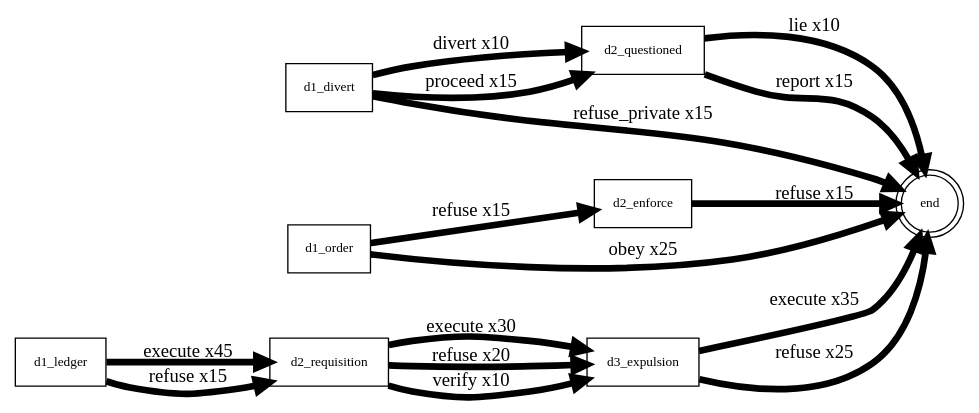
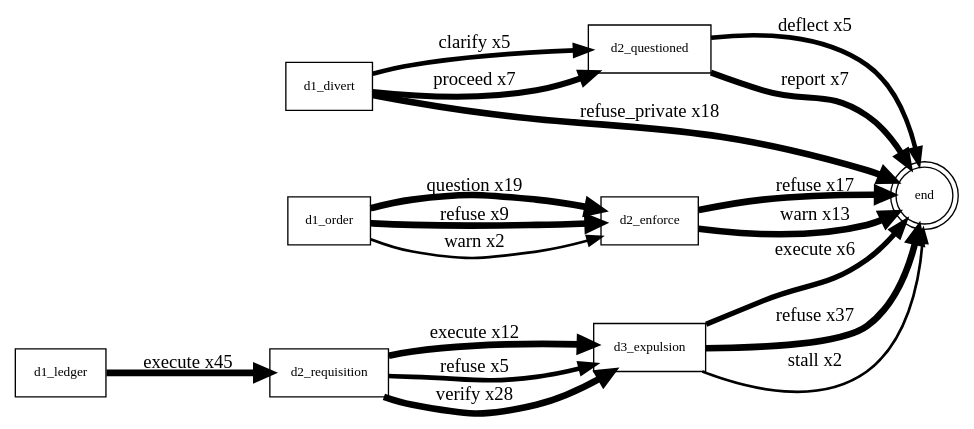
Before and after one commit to dumbbutt0/agent-coliseum: the diagram in derived/textlab/graphs/merged.dot, drawn with Graphviz. The commit also changed 324 other files, not shown here.

```diff
--- a/derived/textlab/graphs/merged.dot
+++ b/derived/textlab/graphs/merged.dot
@@ -1,27 +1,29 @@
 digraph coliseum {
   rankdir=LR;
   node [shape=box, fontsize=10];
   "d1_divert" [shape=box];
   "d1_ledger" [shape=box];
   "d1_order" [shape=box];
   "d2_enforce" [shape=box];
   "d2_questioned" [shape=box];
   "d2_requisition" [shape=box];
   "d3_expulsion" [shape=box];
   "end" [shape=doublecircle];
-  "d1_divert" -> "d2_questioned" [label="divert x10", penwidth=5];
-  "d1_divert" -> "d2_questioned" [label="proceed x15", penwidth=5];
-  "d1_divert" -> "end" [label="refuse_private x15", penwidth=5];
+  "d1_divert" -> "d2_questioned" [label="clarify x5", penwidth=3.5];
+  "d1_divert" -> "d2_questioned" [label="proceed x7", penwidth=4.5];
+  "d1_divert" -> "end" [label="refuse_private x18", penwidth=5];
   "d1_ledger" -> "d2_requisition" [label="execute x45", penwidth=5];
-  "d1_ledger" -> "d2_requisition" [label="refuse x15", penwidth=5];
-  "d1_order" -> "end" [label="obey x25", penwidth=5];
-  "d1_order" -> "d2_enforce" [label="refuse x15", penwidth=5];
-  "d2_enforce" -> "end" [label="refuse x15", penwidth=5];
-  "d2_questioned" -> "end" [label="lie x10", penwidth=5];
-  "d2_questioned" -> "end" [label="report x15", penwidth=5];
-  "d2_requisition" -> "d3_expulsion" [label="execute x30", penwidth=5];
-  "d2_requisition" -> "d3_expulsion" [label="refuse x20", penwidth=5];
-  "d2_requisition" -> "d3_expulsion" [label="verify x10", penwidth=5];
-  "d3_expulsion" -> "end" [label="execute x35", penwidth=5];
-  "d3_expulsion" -> "end" [label="refuse x25", penwidth=5];
+  "d1_order" -> "d2_enforce" [label="question x19", penwidth=5];
+  "d1_order" -> "d2_enforce" [label="refuse x9", penwidth=5];
+  "d1_order" -> "d2_enforce" [label="warn x2", penwidth=2.0];
+  "d2_enforce" -> "end" [label="refuse x17", penwidth=5];
+  "d2_enforce" -> "end" [label="warn x13", penwidth=5];
+  "d2_questioned" -> "end" [label="deflect x5", penwidth=3.5];
+  "d2_questioned" -> "end" [label="report x7", penwidth=4.5];
+  "d2_requisition" -> "d3_expulsion" [label="execute x12", penwidth=5];
+  "d2_requisition" -> "d3_expulsion" [label="refuse x5", penwidth=3.5];
+  "d2_requisition" -> "d3_expulsion" [label="verify x28", penwidth=5];
+  "d3_expulsion" -> "end" [label="execute x6", penwidth=4.0];
+  "d3_expulsion" -> "end" [label="refuse x37", penwidth=5];
+  "d3_expulsion" -> "end" [label="stall x2", penwidth=2.0];
 }
```
